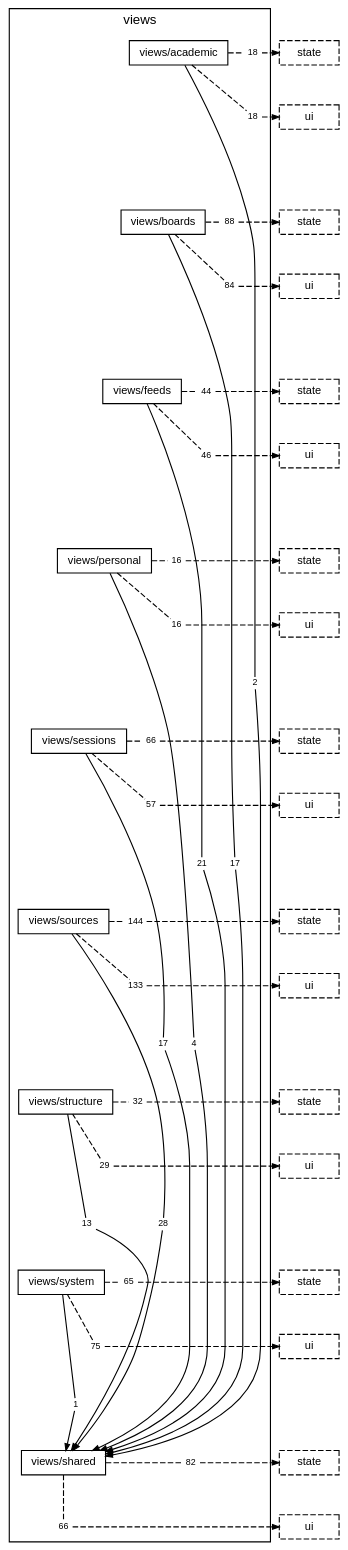
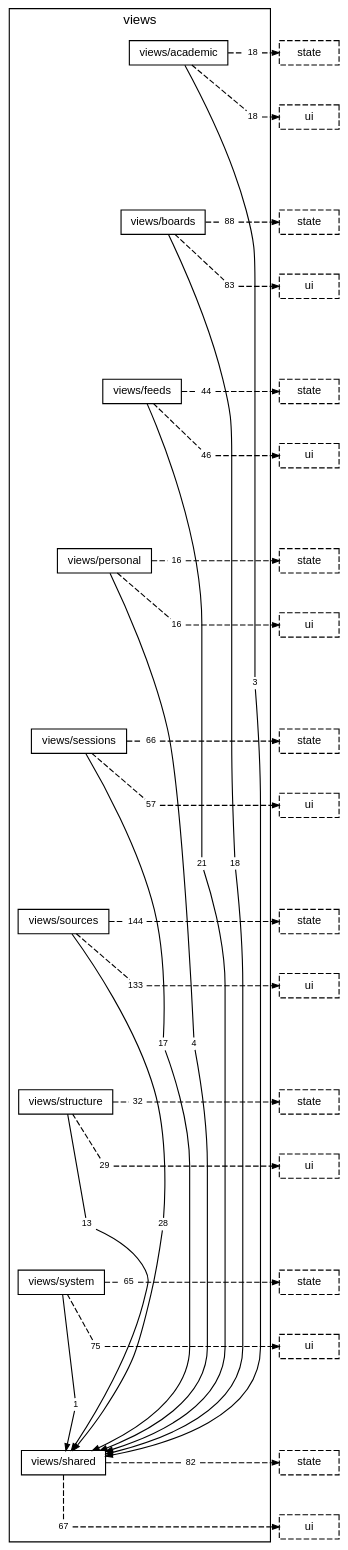
The diagram in docs/diagrams/layer-views.dot (TheAxeC/oculus), drawn with Graphviz before and after one commit. The commit also changed 51 other files, not shown here.

```diff
--- a/docs/diagrams/layer-views.dot
+++ b/docs/diagrams/layer-views.dot
@@ -13,12 +13,12 @@
         "folder views/structure" [label="views/structure"];
         "folder views/system" [label="views/system"];
         "folder views/shared" [label="views/shared"];
-        "folder views/academic to folder views/shared" [label="2", shape=box, color="transparent", fontsize=8, width=0, height=0, margin="0.04,0.02"];
+        "folder views/academic to folder views/shared" [label="3", shape=box, color="transparent", fontsize=8, width=0, height=0, margin="0.04,0.02"];
         "folder views/academic to layer state" [label="18", shape=box, color="transparent", fontsize=8, width=0, height=0, margin="0.04,0.02"];
         "folder views/academic to layer ui" [label="18", shape=box, color="transparent", fontsize=8, width=0, height=0, margin="0.04,0.02"];
-        "folder views/boards to folder views/shared" [label="17", shape=box, color="transparent", fontsize=8, width=0, height=0, margin="0.04,0.02"];
+        "folder views/boards to folder views/shared" [label="18", shape=box, color="transparent", fontsize=8, width=0, height=0, margin="0.04,0.02"];
         "folder views/boards to layer state" [label="88", shape=box, color="transparent", fontsize=8, width=0, height=0, margin="0.04,0.02"];
-        "folder views/boards to layer ui" [label="84", shape=box, color="transparent", fontsize=8, width=0, height=0, margin="0.04,0.02"];
+        "folder views/boards to layer ui" [label="83", shape=box, color="transparent", fontsize=8, width=0, height=0, margin="0.04,0.02"];
         "folder views/feeds to folder views/shared" [label="21", shape=box, color="transparent", fontsize=8, width=0, height=0, margin="0.04,0.02"];
         "folder views/feeds to layer state" [label="44", shape=box, color="transparent", fontsize=8, width=0, height=0, margin="0.04,0.02"];
         "folder views/feeds to layer ui" [label="46", shape=box, color="transparent", fontsize=8, width=0, height=0, margin="0.04,0.02"];
@@ -38,7 +38,7 @@
         "folder views/system to layer state" [label="65", shape=box, color="transparent", fontsize=8, width=0, height=0, margin="0.04,0.02"];
         "folder views/system to layer ui" [label="75", shape=box, color="transparent", fontsize=8, width=0, height=0, margin="0.04,0.02"];
         "folder views/shared to layer state" [label="82", shape=box, color="transparent", fontsize=8, width=0, height=0, margin="0.04,0.02"];
-        "folder views/shared to layer ui" [label="66", shape=box, color="transparent", fontsize=8, width=0, height=0, margin="0.04,0.02"];
+        "folder views/shared to layer ui" [label="67", shape=box, color="transparent", fontsize=8, width=0, height=0, margin="0.04,0.02"];
     }
     "layer state from folder views/academic" [label="state", style=dashed];
     "layer ui from folder views/academic" [label="ui", style=dashed];
```
